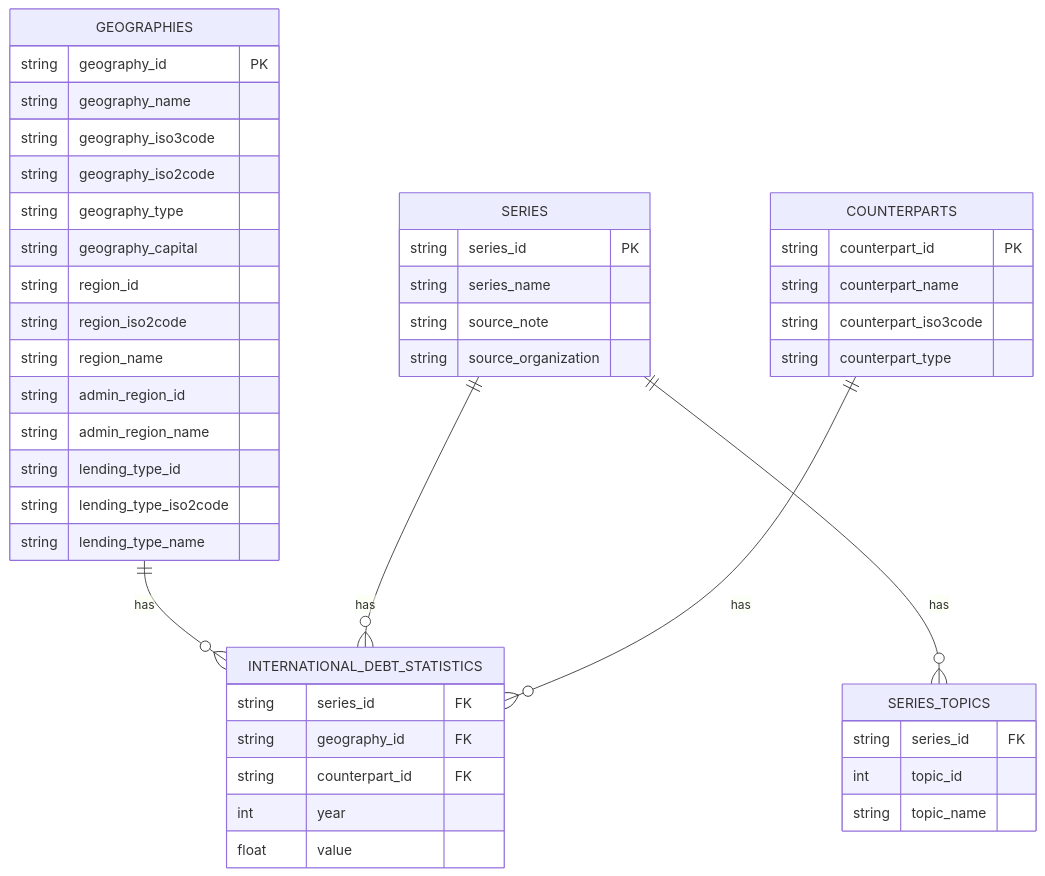
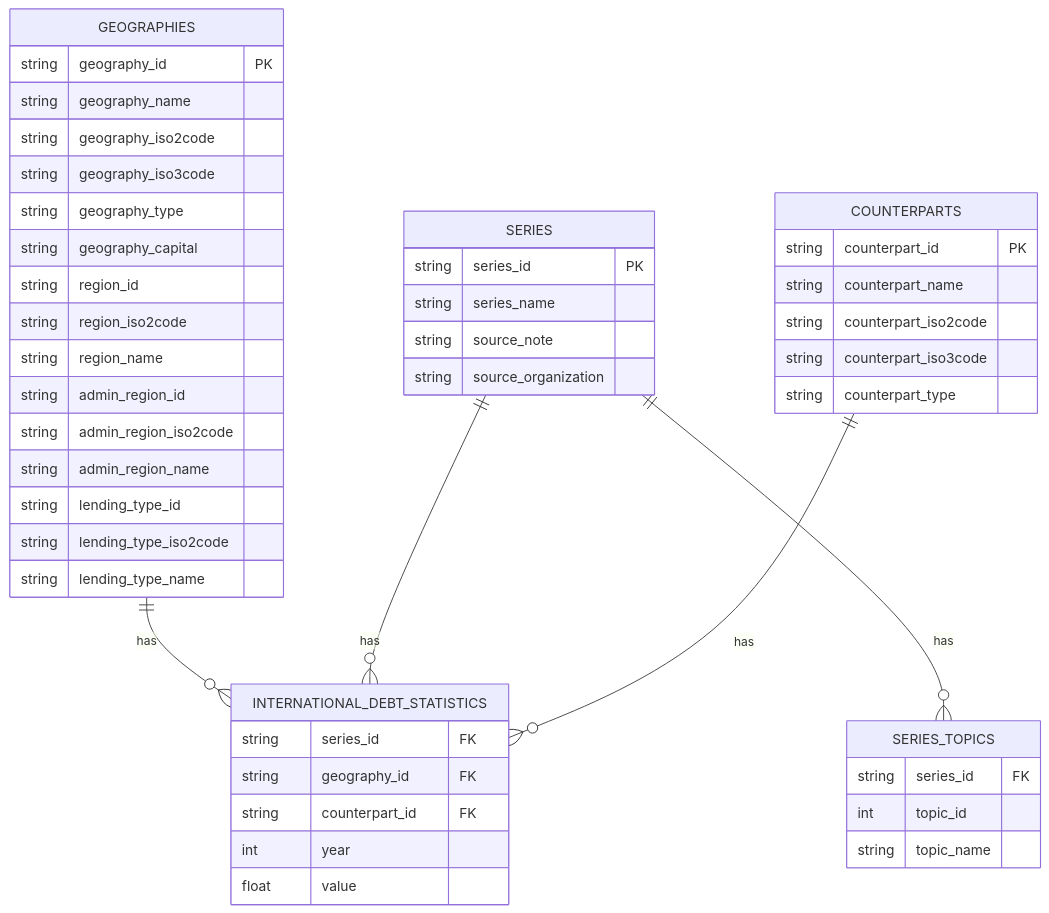
One commit to Teal-Insights/r-wbids changed the diagram in vignettes/data-model.qmd. Above: the diagram before and after it, drawn with Mermaid. The commit also changed other lines of this file, not shown here.

````diff
--- a/vignettes/data-model.qmd
+++ b/vignettes/data-model.qmd
@@ -14,49 +14,51 @@
 ```{mermaid}
 %%| fig-width: 12
 %%| fig-height: 8
 erDiagram
     GEOGRAPHIES ||--o{ INTERNATIONAL_DEBT_STATISTICS : has
     GEOGRAPHIES {
         string geography_id PK
         string geography_name
+        string geography_iso2code
         string geography_iso3code
-        string geography_iso2code
         string geography_type
         string geography_capital
         string region_id
         string region_iso2code
         string region_name
         string admin_region_id
+        string admin_region_iso2code
         string admin_region_name
         string lending_type_id
         string lending_type_iso2code
         string lending_type_name
     }
     SERIES ||--o{ INTERNATIONAL_DEBT_STATISTICS : has
     SERIES ||--o{ SERIES_TOPICS : has
     SERIES {
         string series_id PK
         string series_name
         string source_note
         string source_organization
     }
     COUNTERPARTS ||--o{ INTERNATIONAL_DEBT_STATISTICS : has
     COUNTERPARTS {
         string counterpart_id PK
         string counterpart_name
+        string counterpart_iso2code
         string counterpart_iso3code
         string counterpart_type
     }
     SERIES_TOPICS {
         string series_id FK
         int topic_id 
         string topic_name 
     }
     INTERNATIONAL_DEBT_STATISTICS {
         string series_id FK
         string geography_id FK
         string counterpart_id FK
         int year
         float value
     }
 ```
````
